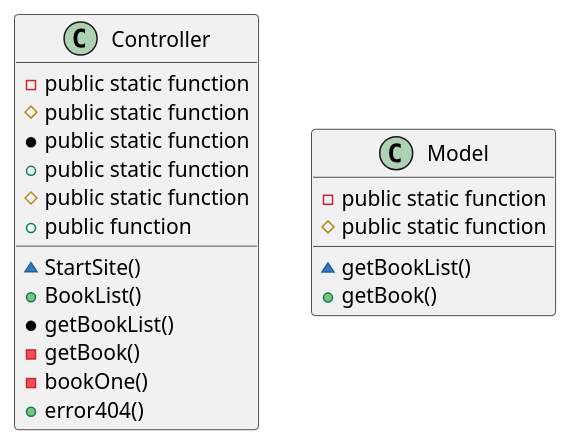
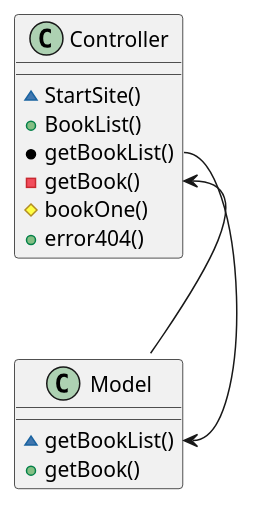
The diagram in uml2.wsd (AlexGGGG/UMLDiagram), drawn with PlantUML before and after one commit.

Commit message:
Diagramm
2.0

```diff
--- a/uml2.wsd
+++ b/uml2.wsd
@@ -1,24 +1,18 @@
 @startuml
-
 class Controller {
-    -public static function
-    #public static function
-    *public static function
-    +public static function
-    #public static function
-    +public function
     ~StartSite()
     +BookList()
-    *getBookList()
+    *getBookList() 
     -getBook()
-    -bookOne()
+    #bookOne()
     +error404()
 }
 
 class Model {
-    -public static function
-    #public static function
     ~getBookList()
     +getBook()
 }
+
+Controller::getBookList --> Model::getBookList
+Model::getbook --> Controller::getBook
 @enduml
```
